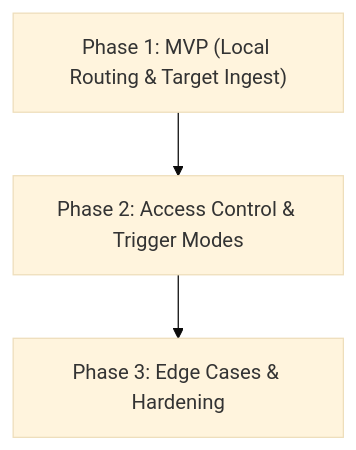
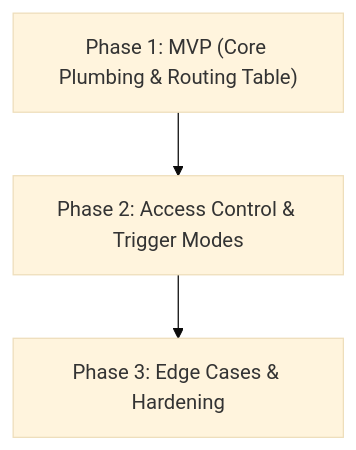
The diagram in docs/design-discord-context-routing.md (gg582/airi), drawn with Mermaid (base theme) before and after one commit. The commit also changed other lines of this file and 2 other files, not shown here.

Commit message:
docs(discord): incorporate Kimi's full architecture analysis & local routing specifications into design-discord-context-routing.md

````diff
--- a/docs/design-discord-context-routing.md
+++ b/docs/design-discord-context-routing.md
@@ -83,5 +225,5 @@
 ```mermaid
 graph TD
-    P1["Phase 1: MVP (Local Routing & Target Ingest)"] --> P2["Phase 2: Access Control & Trigger Modes"]
+    P1["Phase 1: MVP (Core Plumbing & Routing Table)"] --> P2["Phase 2: Access Control & Trigger Modes"]
     P2 --> P3["Phase 3: Edge Cases & Hardening"]
 ```
````
